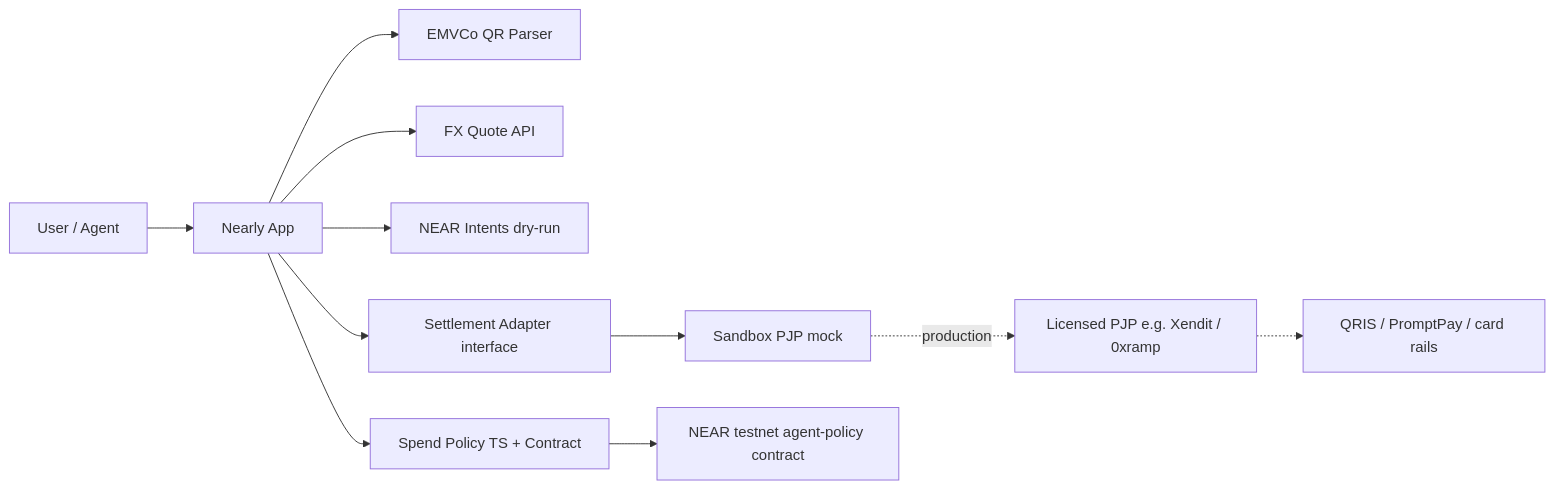
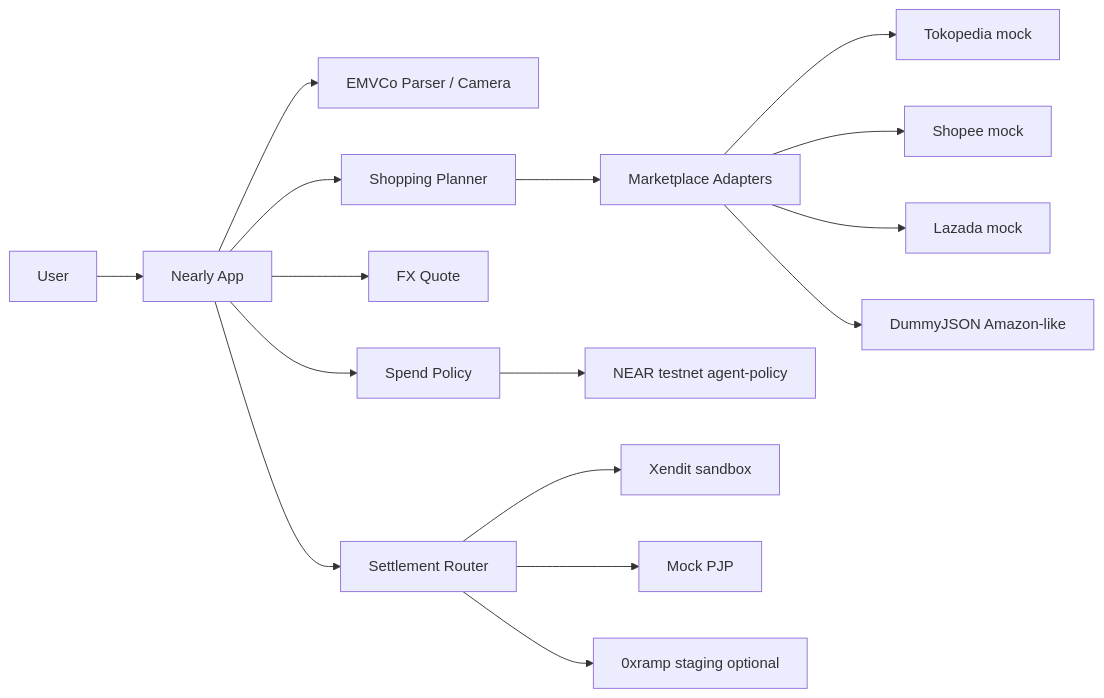
The diagram in README.md (mozoraID/nearpocket), drawn with Mermaid before and after one commit. The commit also changed other lines of this file and 31 other files, not shown here.

First line of the commit message:
feat: shopping plans, testnet contract, scan/topup, partner adapters

````diff
--- a/README.md
+++ b/README.md
@@ -34,13 +31,18 @@
 ```mermaid
 flowchart LR
-  User[User / Agent] --> Nearly[Nearly App]
-  Nearly --> Parser[EMVCo QR Parser]
-  Nearly --> FX[FX Quote API]
-  Nearly --> Intents[NEAR Intents dry-run]
-  Nearly --> Policy[Spend Policy TS + Contract]
-  Nearly --> Adapter[Settlement Adapter interface]
-  Adapter --> MockPJP[Sandbox PJP mock]
-  MockPJP -.->|production| RealPJP[Licensed PJP e.g. Xendit / 0xramp]
-  RealPJP -.-> QRIS[QRIS / PromptPay / card rails]
-  Policy --> Chain[NEAR testnet agent-policy contract]
+  User --> App[Nearly App]
+  App --> QR[EMVCo Parser / Camera]
+  App --> Plans[Shopping Planner]
+  Plans --> MP[Marketplace Adapters]
+  MP --> TP[Tokopedia mock]
+  MP --> SP[Shopee mock]
+  MP --> LZ[Lazada mock]
+  MP --> AM[DummyJSON Amazon-like]
+  App --> FX[FX Quote]
+  App --> Policy[Spend Policy]
+  Policy --> Chain[NEAR testnet agent-policy]
+  App --> Settle[Settlement Router]
+  Settle --> Xendit[Xendit sandbox]
+  Settle --> Mock[Mock PJP]
+  Settle --> ZX[0xramp staging optional]
 ```
````
